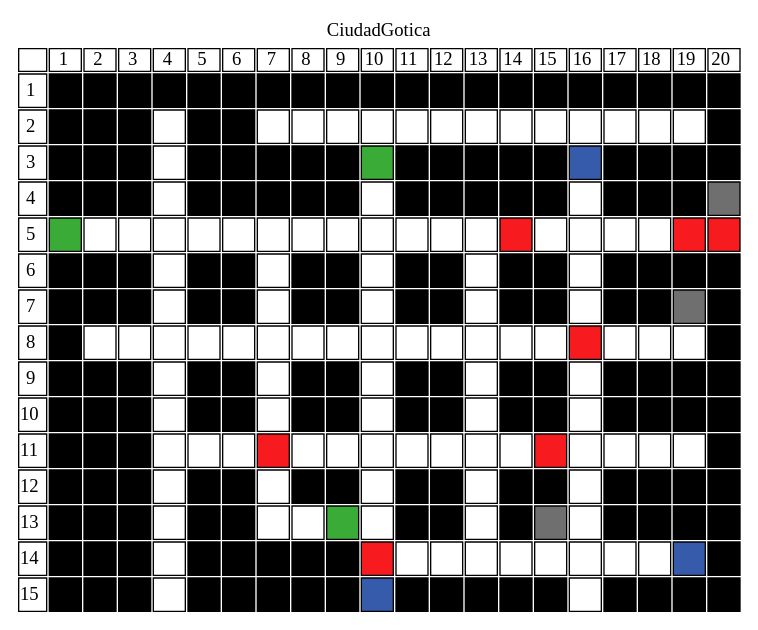
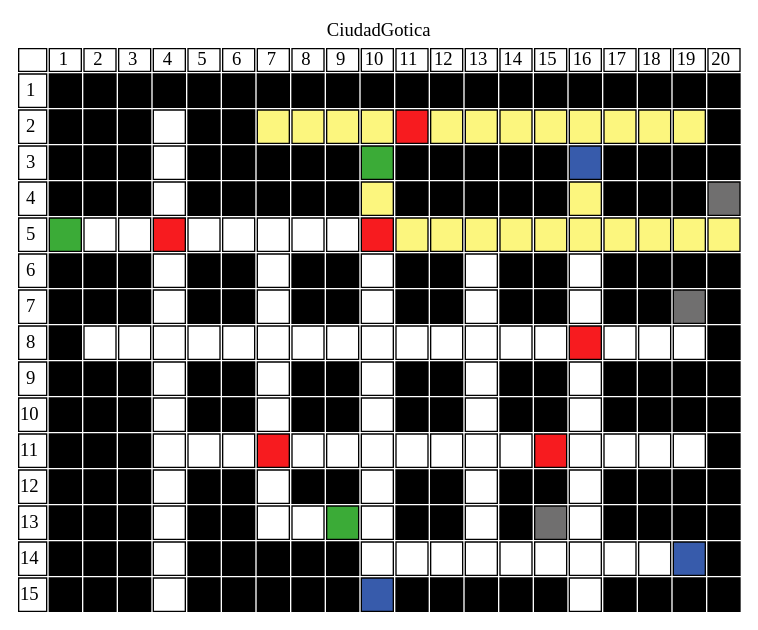
Before and after one commit to Dgo45921/IPC2_Proyecto2_202003585: the diagram in texto_dot.dot, drawn with Graphviz. The commit also changed 4 other files, not shown here.

```diff
--- a/texto_dot.dot
+++ b/texto_dot.dot
@@ -56,19 +56,19 @@
 <TD>   </TD>
 <TD BGCOLOR="black">   </TD>
 <TD BGCOLOR="black">   </TD>
-<TD>   </TD>
-<TD>   </TD>
-<TD>   </TD>
-<TD>   </TD>
-<TD>   </TD>
-<TD>   </TD>
-<TD>   </TD>
-<TD>   </TD>
-<TD>   </TD>
-<TD>   </TD>
-<TD>   </TD>
-<TD>   </TD>
-<TD>   </TD>
+<TD BGCOLOR = "#fcf67e">   </TD>
+<TD BGCOLOR = "#fcf67e">   </TD>
+<TD BGCOLOR = "#fcf67e">   </TD>
+<TD BGCOLOR = "#fcf67e">   </TD>
+<TD BGCOLOR="#f71b1f">   </TD>
+<TD BGCOLOR = "#fcf67e">   </TD>
+<TD BGCOLOR = "#fcf67e">   </TD>
+<TD BGCOLOR = "#fcf67e">   </TD>
+<TD BGCOLOR = "#fcf67e">   </TD>
+<TD BGCOLOR = "#fcf67e">   </TD>
+<TD BGCOLOR = "#fcf67e">   </TD>
+<TD BGCOLOR = "#fcf67e">   </TD>
+<TD BGCOLOR = "#fcf67e">   </TD>
 <TD BGCOLOR="black">   </TD>
 </TR>
 <TR><TD CELLPADDING="0.1">3</TD>
@@ -103,13 +103,13 @@
 <TD BGCOLOR="black">   </TD>
 <TD BGCOLOR="black">   </TD>
 <TD BGCOLOR="black">   </TD>
-<TD>   </TD>
+<TD BGCOLOR = "#fcf67e">   </TD>
 <TD BGCOLOR="black">   </TD>
 <TD BGCOLOR="black">   </TD>
 <TD BGCOLOR="black">   </TD>
 <TD BGCOLOR="black">   </TD>
 <TD BGCOLOR="black">   </TD>
-<TD>   </TD>
+<TD BGCOLOR = "#fcf67e">   </TD>
 <TD BGCOLOR="black">   </TD>
 <TD BGCOLOR="black">   </TD>
 <TD BGCOLOR="black">   </TD>
@@ -119,23 +119,23 @@
 <TD BGCOLOR="#3bab37">   </TD>
 <TD>   </TD>
 <TD>   </TD>
-<TD>   </TD>
-<TD>   </TD>
-<TD>   </TD>
-<TD>   </TD>
-<TD>   </TD>
+<TD BGCOLOR="#f71b1f">   </TD>
 <TD>   </TD>
 <TD>   </TD>
 <TD>   </TD>
 <TD>   </TD>
 <TD>   </TD>
 <TD BGCOLOR="#f71b1f">   </TD>
-<TD>   </TD>
-<TD>   </TD>
-<TD>   </TD>
-<TD>   </TD>
-<TD BGCOLOR="#f71b1f">   </TD>
-<TD BGCOLOR="#f71b1f">   </TD>
+<TD BGCOLOR = "#fcf67e">   </TD>
+<TD BGCOLOR = "#fcf67e">   </TD>
+<TD BGCOLOR = "#fcf67e">   </TD>
+<TD BGCOLOR = "#fcf67e">   </TD>
+<TD BGCOLOR = "#fcf67e">   </TD>
+<TD BGCOLOR = "#fcf67e">   </TD>
+<TD BGCOLOR = "#fcf67e">   </TD>
+<TD BGCOLOR = "#fcf67e">   </TD>
+<TD BGCOLOR = "#fcf67e">   </TD>
+<TD BGCOLOR = "#fcf67e">   </TD>
 </TR>
 <TR><TD CELLPADDING="0.1">6</TD>
 <TD BGCOLOR="black">   </TD>
@@ -323,7 +323,7 @@
 <TD BGCOLOR="black">   </TD>
 <TD BGCOLOR="black">   </TD>
 <TD BGCOLOR="black">   </TD>
-<TD BGCOLOR="#f71b1f">   </TD>
+<TD>   </TD>
 <TD>   </TD>
 <TD>   </TD>
 <TD>   </TD>
```
